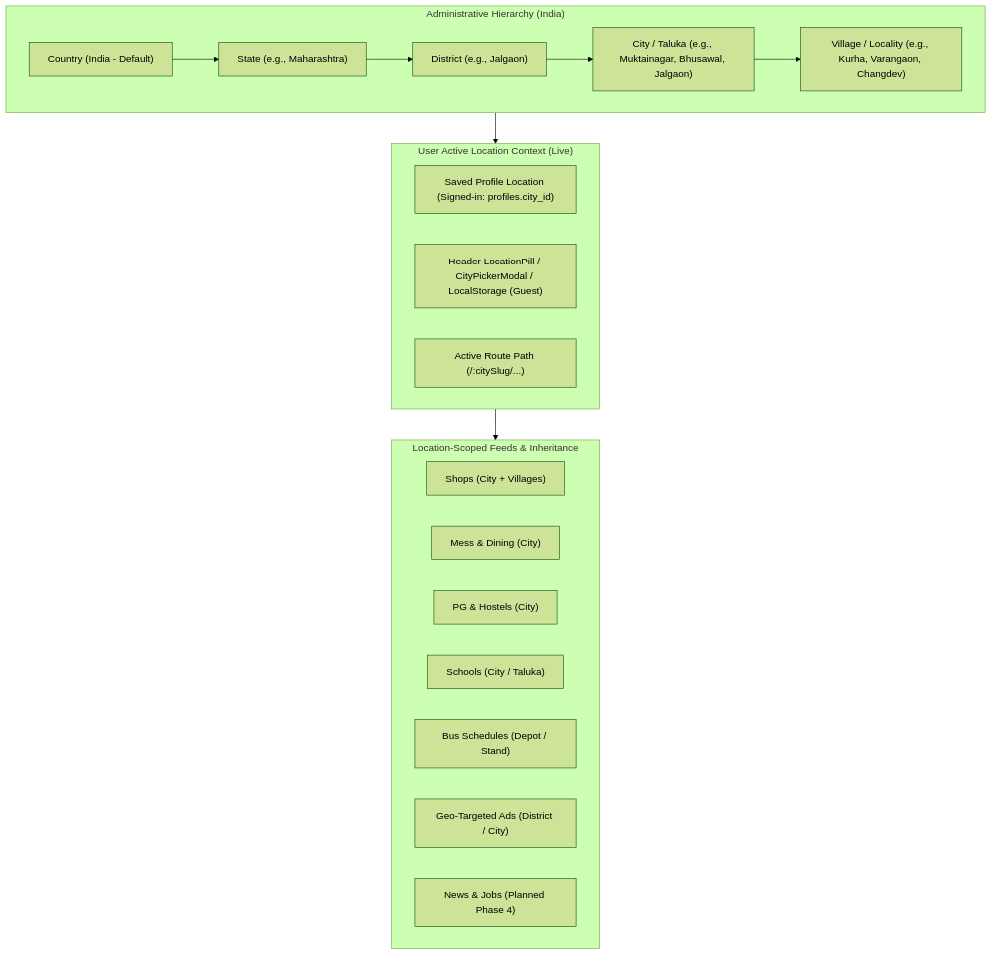
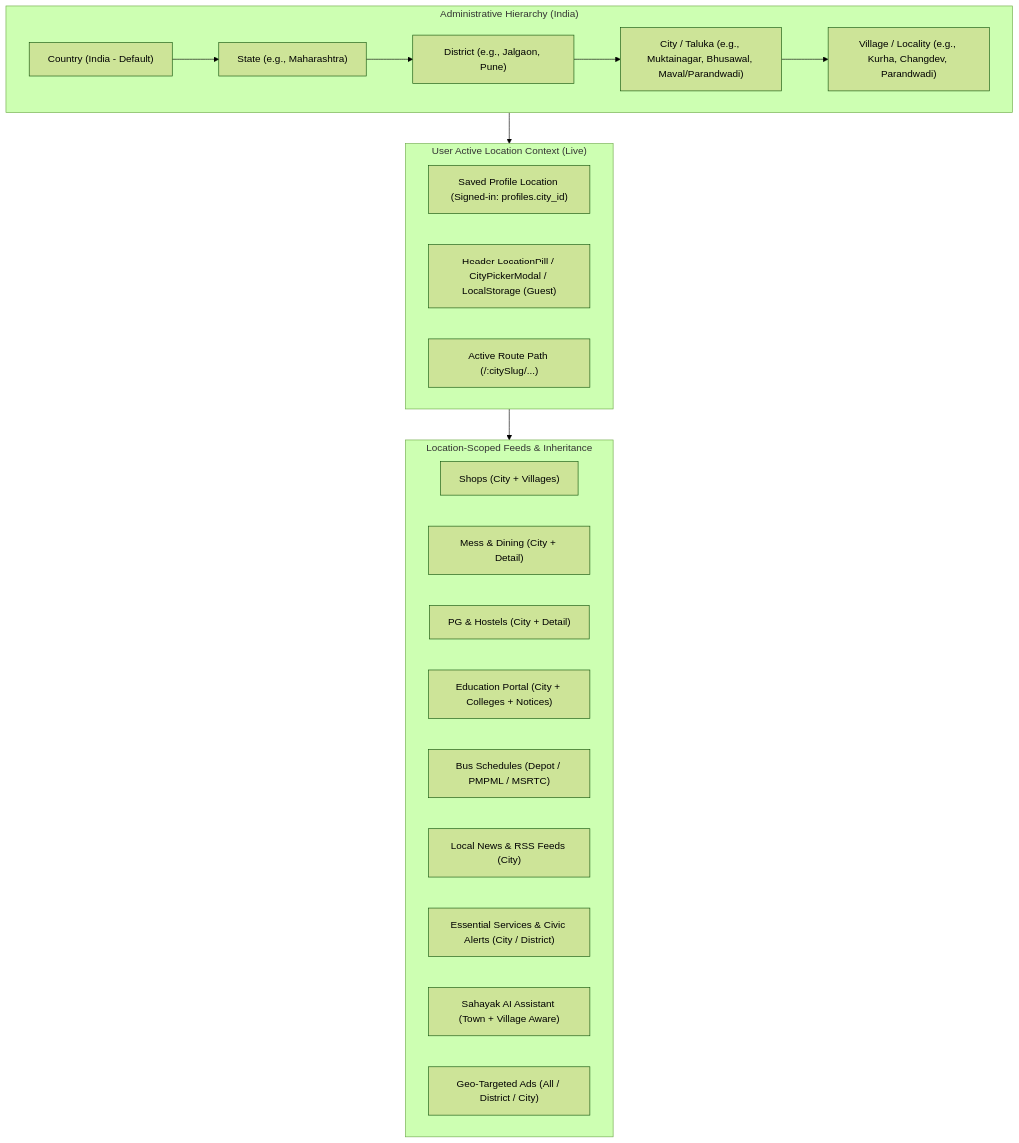
The diagram in docs/MULTI_LOCATION_ARCHITECTURE.md (MuktainagarDaily/AntiMD), drawn with Mermaid (forest theme) before and after one commit. The commit also changed other lines of this file and 201 other files, not shown here.

````diff
--- a/docs/MULTI_LOCATION_ARCHITECTURE.md
+++ b/docs/MULTI_LOCATION_ARCHITECTURE.md
@@ -15,34 +15,36 @@
 ```mermaid
 flowchart TD
     subgraph GeoTree["Administrative Hierarchy (India)"]
         Country["Country (India - Default)"]
         State["State (e.g., Maharashtra)"]
-        District["District (e.g., Jalgaon)"]
-        City["City / Taluka (e.g., Muktainagar, Bhusawal, Jalgaon)"]
-        Village["Village / Locality (e.g., Kurha, Varangaon, Changdev)"]
+        District["District (e.g., Jalgaon, Pune)"]
+        City["City / Taluka (e.g., Muktainagar, Bhusawal, Maval/Parandwadi)"]
+        Village["Village / Locality (e.g., Kurha, Changdev, Parandwadi)"]
     end
 
     Country --> State
     State --> District
     District --> City
     City --> Village
 
     subgraph UserContext["User Active Location Context (Live)"]
         ProfileLoc["Saved Profile Location (Signed-in: profiles.city_id)"]
         GuestLoc["Header LocationPill / CityPickerModal / LocalStorage (Guest)"]
         URLRoute["Active Route Path (/:citySlug/...)"]
     end
 
     subgraph ScopedFeeds["Location-Scoped Feeds & Inheritance"]
         Shops["Shops (City + Villages)"]
-        Mess["Mess & Dining (City)"]
-        PG["PG & Hostels (City)"]
-        Schools["Schools (City / Taluka)"]
-        Bus["Bus Schedules (Depot / Stand)"]
-        Banners["Geo-Targeted Ads (District / City)"]
-        NewsJobs["News & Jobs (Planned Phase 4)"]
+        Mess["Mess & Dining (City + Detail)"]
+        PG["PG & Hostels (City + Detail)"]
+        Schools["Education Portal (City + Colleges + Notices)"]
+        Bus["Bus Schedules (Depot / PMPML / MSRTC)"]
+        News["Local News & RSS Feeds (City)"]
+        Services["Essential Services & Civic Alerts (City / District)"]
+        Assistant["Sahayak AI Assistant (Town + Village Aware)"]
+        Banners["Geo-Targeted Ads (All / District / City)"]
     end
 
     GeoTree --> UserContext
     UserContext --> ScopedFeeds
 ```
````
